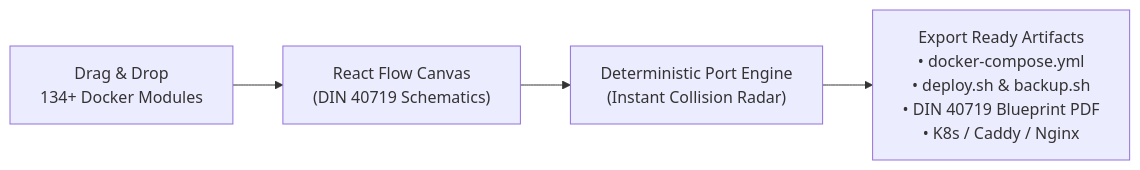
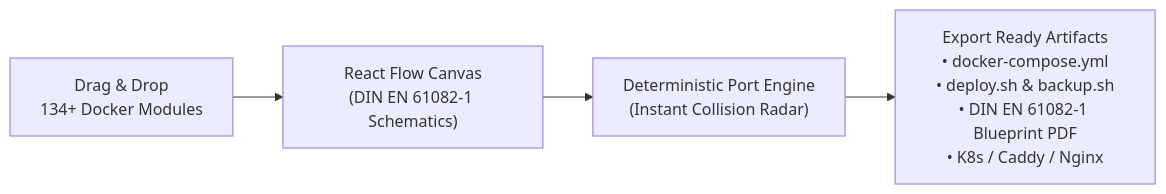
Before and after one commit to Xivizley/xivizley-architech: the diagram in README.md, drawn with Mermaid. The commit also changed other lines of this file and 29 other files, not shown here.

First line of the commit message:
release: XIVIZLEY Architech v1.3.0 — responsive canvas, hardware parity, DIN EN 61082-1

````diff
--- a/README.md
+++ b/README.md
@@ -40,6 +40,6 @@
 ```mermaid
 flowchart LR
-    A["Drag & Drop<br/>134+ Docker Modules"] --> B["React Flow Canvas<br/>(DIN 40719 Schematics)"]
+    A["Drag & Drop<br/>134+ Docker Modules"] --> B["React Flow Canvas<br/>(DIN EN 61082-1 Schematics)"]
     B --> C["Deterministic Port Engine<br/>(Instant Collision Radar)"]
-    C --> D["Export Ready Artifacts<br/>• docker-compose.yml<br/>• deploy.sh & backup.sh<br/>• DIN 40719 Blueprint PDF<br/>• K8s / Caddy / Nginx"]
+    C --> D["Export Ready Artifacts<br/>• docker-compose.yml<br/>• deploy.sh & backup.sh<br/>• DIN EN 61082-1 Blueprint PDF<br/>• K8s / Caddy / Nginx"]
 ```
````
